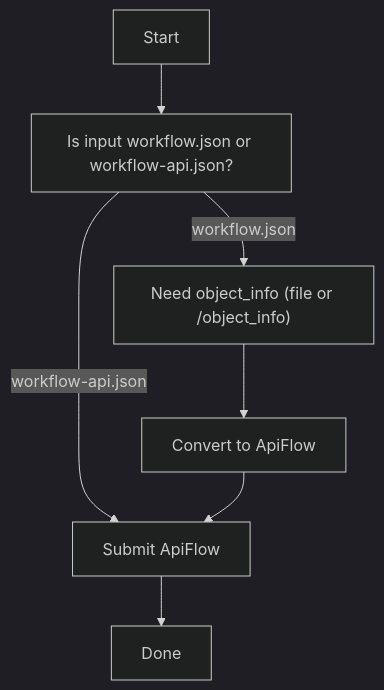
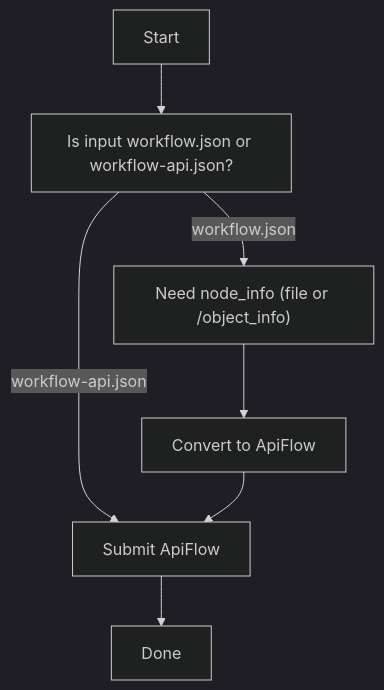
The diagram in docs/troubleshooting.md (chrisdreid/comfyui-autoflow), drawn with Mermaid (dark theme) before and after one commit. The commit also changed other lines of this file and 53 other files, not shown here.

Commit message:
Major update on dot.accessors and renamed object_info to node_info

````diff
--- a/docs/troubleshooting.md
+++ b/docs/troubleshooting.md
@@ -3,9 +3,9 @@
 ```mermaid
 flowchart TD
   start["Start"] --> checkShape["Is input workflow.json or workflow-api.json?"]
-  checkShape -->|"workflow.json"| needInfo["Need object_info (file or /object_info)"]
+  checkShape -->|"workflow.json"| needInfo["Need node_info (file or /object_info)"]
   checkShape -->|"workflow-api.json"| submit["Submit ApiFlow"]
   needInfo --> convert["Convert to ApiFlow"]
   convert --> submit
   submit --> done["Done"]
 ```
````
